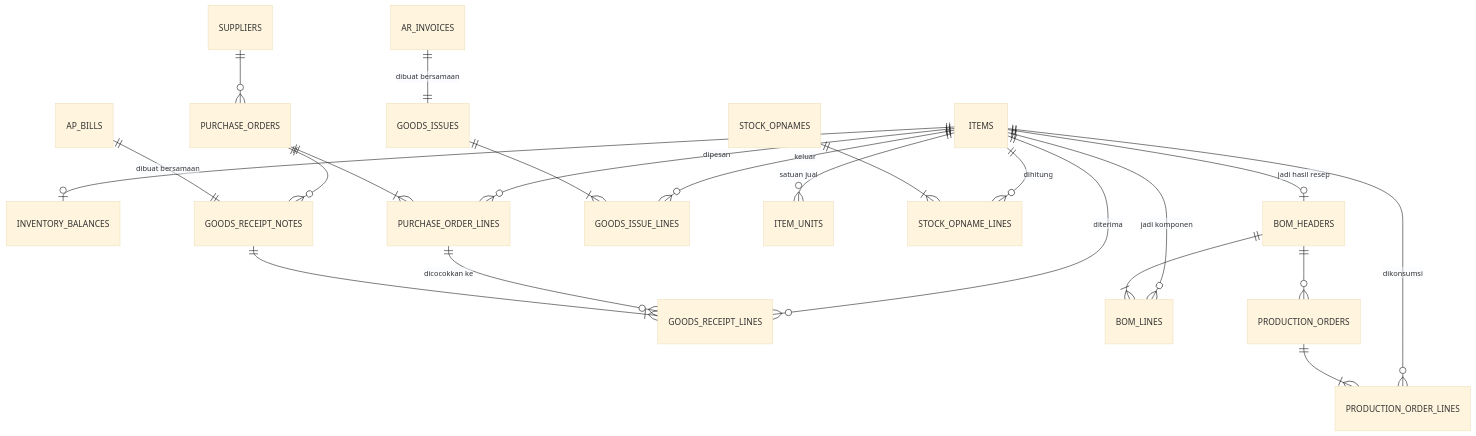
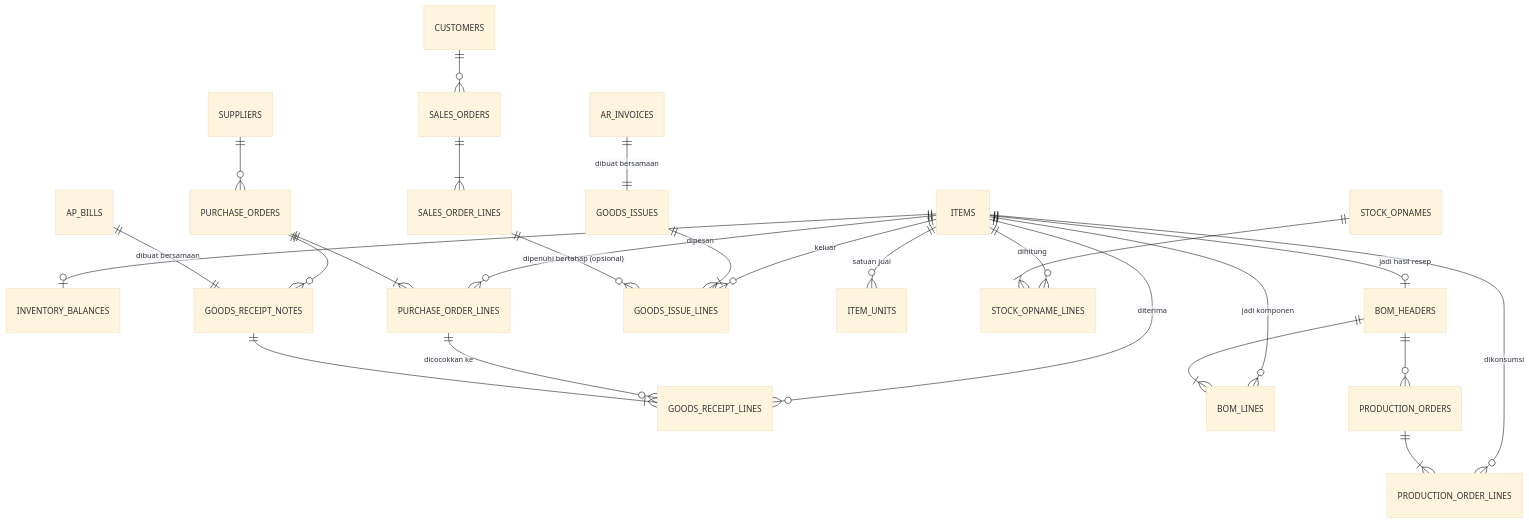
The diagram in memory/architecture/data/inventory-schema.md (coretifyauth/Marinda-Galery-Plastik), drawn with Mermaid (base theme) before and after one commit. The commit also changed other lines of this file and 15 other files, not shown here.

Commit message:
added sales order

````diff
--- a/memory/architecture/data/inventory-schema.md
+++ b/memory/architecture/data/inventory-schema.md
@@ -22,30 +22,34 @@
 ```mermaid
 erDiagram
   ITEMS ||--o| INVENTORY_BALANCES : ""
   ITEMS ||--o{ PURCHASE_ORDER_LINES : dipesan
   ITEMS ||--o{ GOODS_RECEIPT_LINES : diterima
   ITEMS ||--o{ BOM_LINES : "jadi komponen"
   ITEMS ||--o| BOM_HEADERS : "jadi hasil resep"
   ITEMS ||--o{ PRODUCTION_ORDER_LINES : dikonsumsi
   ITEMS ||--o{ GOODS_ISSUE_LINES : keluar
   ITEMS ||--o{ ITEM_UNITS : "satuan jual"
   ITEMS ||--o{ STOCK_OPNAME_LINES : dihitung
 
   STOCK_OPNAMES ||--|{ STOCK_OPNAME_LINES : ""
 
   SUPPLIERS ||--o{ PURCHASE_ORDERS : ""
 
   PURCHASE_ORDERS ||--|{ PURCHASE_ORDER_LINES : ""
   PURCHASE_ORDERS ||--o{ GOODS_RECEIPT_NOTES : ""
   PURCHASE_ORDER_LINES ||--o{ GOODS_RECEIPT_LINES : "dicocokkan ke"
 
   AP_BILLS ||--|| GOODS_RECEIPT_NOTES : "dibuat bersamaan"
   GOODS_RECEIPT_NOTES ||--|{ GOODS_RECEIPT_LINES : ""
 
   BOM_HEADERS ||--|{ BOM_LINES : ""
   BOM_HEADERS ||--o{ PRODUCTION_ORDERS : ""
   PRODUCTION_ORDERS ||--|{ PRODUCTION_ORDER_LINES : ""
 
   AR_INVOICES ||--|| GOODS_ISSUES : "dibuat bersamaan"
   GOODS_ISSUES ||--|{ GOODS_ISSUE_LINES : ""
+
+  CUSTOMERS ||--o{ SALES_ORDERS : ""
+  SALES_ORDERS ||--|{ SALES_ORDER_LINES : ""
+  SALES_ORDER_LINES ||--o{ GOODS_ISSUE_LINES : "dipenuhi bertahap (opsional)"
 ```
````
